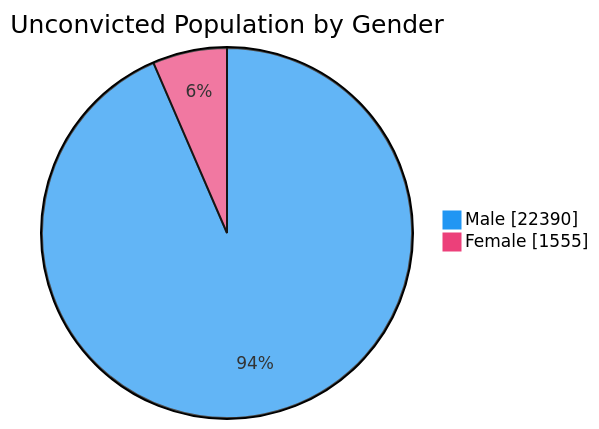
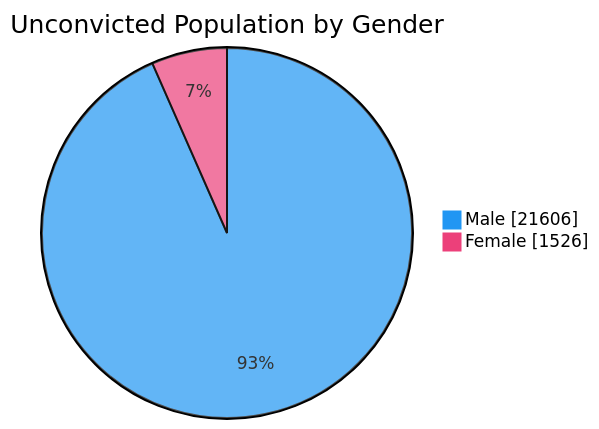
Before and after one commit to nuuuwan/lk_prisons: the fourth of 7 diagrams in README.md, drawn with Mermaid. The commit also changed other lines of this file and 1 other file, not shown here.

````diff
--- a/README.md
+++ b/README.md
@@ -76,6 +76,6 @@
 ```mermaid
 %%{init: {'themeVariables': {'pie1': '#2196F3', 'pie2': '#EC407A'}}}%%
 pie showData title Unconvicted Population by Gender
-    "Male" : 22390
-    "Female" : 1555
+    "Male" : 21606
+    "Female" : 1526
 ```
````
